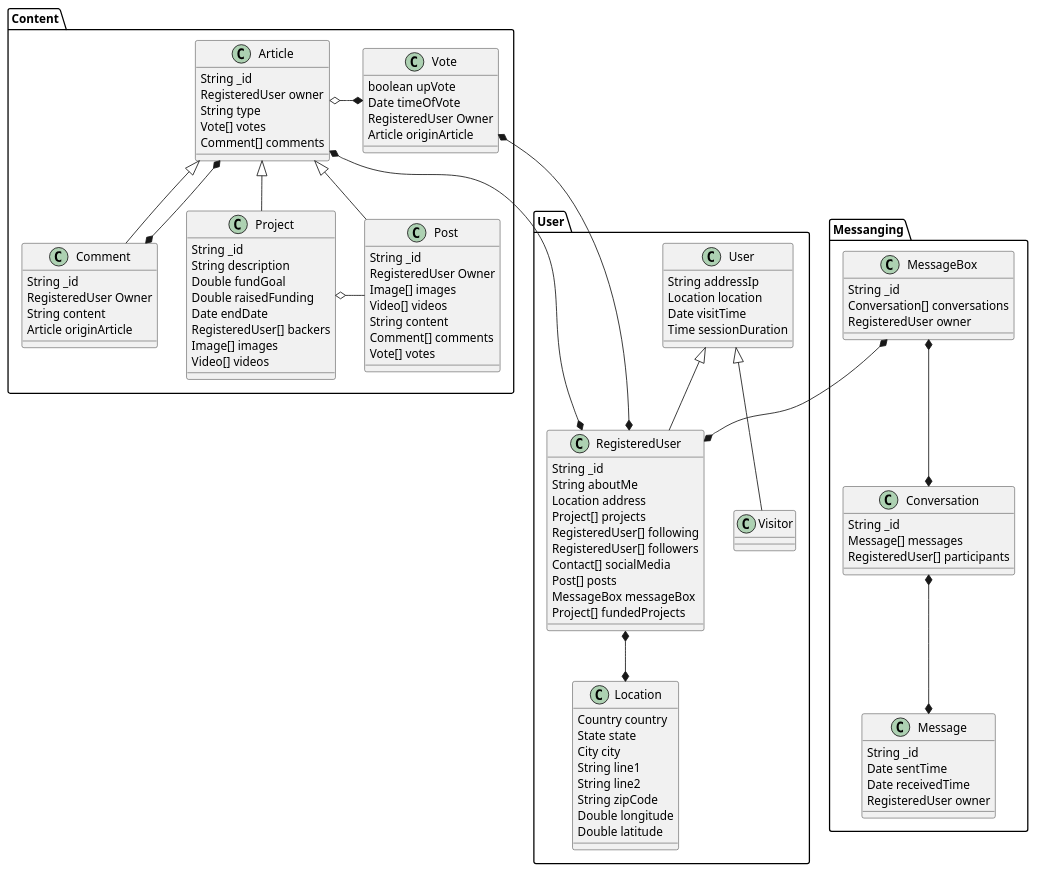
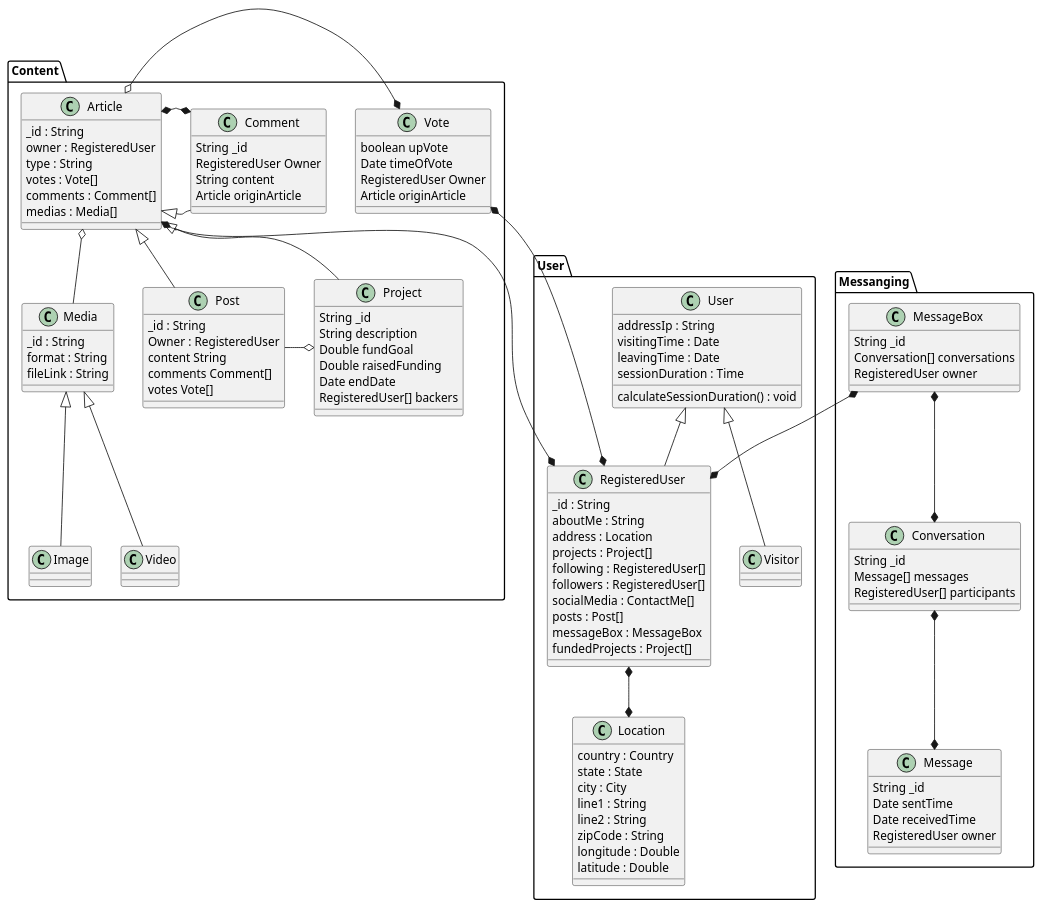
One commit to mlnomadpy/Sahem changed the diagram in Conception/Diagrams/plantUml/Class Diagrams/User.puml. Above: the diagram before and after it, drawn with PlantUML.

Commit message:
update class diagram

```diff
--- a/Conception/Diagrams/plantUml/Class Diagrams/User.puml
+++ b/Conception/Diagrams/plantUml/Class Diagrams/User.puml
@@ -1,123 +1,135 @@
 @startuml User
 
 
 
 
 
 
 
 package Content{
     class Post extends Article{
-        String _id
-        RegisteredUser Owner
-        Image[] images
-        Video[] videos
-        String content
-        Comment[] comments
-        Vote[] votes
+        _id : String
+        Owner : RegisteredUser
+        content String
+        comments Comment[]
+        votes Vote[]
     }
     class Vote{
         boolean upVote
         Date timeOfVote
         RegisteredUser Owner
         Article originArticle
     }
     class Project extends Article{
         String _id
         String description
         Double fundGoal
         Double raisedFunding
         Date endDate
         RegisteredUser[] backers
-        Image[] images
-        Video[] videos
     }
 
     class Comment extends Article{
         String _id
         RegisteredUser Owner
         String content
         Article originArticle
     }
     class Article{
-        String _id
-        RegisteredUser owner
-        String type
-        Vote[] votes
-        Comment[] comments
+        _id : String
+        owner : RegisteredUser
+        type : String
+        votes : Vote[]
+        comments : Comment[]
+        medias : Media[]
     }
+    class Media{
+        _id : String
+        format : String
+        fileLink : String
+    }
+    class Image extends Media{
+
+    }
+    class Video extends Media{
+
+    }
+    Article o-* Vote
+    Article *-right-* Comment
+    Project o-left- Post
+    Article o-- Media
+    
 }
 package Messanging {
 
     class MessageBox{
         String _id
         Conversation[] conversations
         RegisteredUser owner
     }
     class Conversation{
         String _id
         Message[] messages
         RegisteredUser[] participants
     }
     class Message{
         String _id
         Date sentTime
         Date receivedTime
         RegisteredUser owner
     }
 
 
 }
 package User{
-    
+
     class User {
-        String addressIp
-        Location location
-        Date visitTime
-        Time sessionDuration
+        addressIp : String
+        visitingTime : Date
+        leavingTime : Date
+        sessionDuration : Time
+
+        calculateSessionDuration() : void
     }
 
 
     class RegisteredUser extends User{
-        String _id
-        String aboutMe
-        Location address
-        Project[] projects
-        RegisteredUser[] following
-        RegisteredUser[] followers
-        Contact[] socialMedia
-        Post[] posts
-        MessageBox messageBox
-        Project[] fundedProjects
+        _id : String
+        aboutMe : String
+        address : Location
+        projects : Project[]
+        following : RegisteredUser[]
+        followers : RegisteredUser[]
+        socialMedia : ContactMe[]
+        posts : Post[]
+        messageBox : MessageBox
+        fundedProjects : Project[]
+
     }
     class Visitor extends User{
     }
     class Location{
-        Country country
-        State state
-        City city
-        String line1
-        String line2
-        String zipCode
-        Double longitude
-        Double latitude
+        country : Country
+        state : State
+        city : City
+        line1 : String
+        line2 : String
+        zipCode : String
+        longitude : Double
+        latitude : Double
     }
 }
 MessageBox  *--*  RegisteredUser
 
-Article o-* Vote
 
-
-Article *--* Comment
-Project o- Post
 
 Article  *--*  RegisteredUser
 
 RegisteredUser *--* Location
 Vote  *---*  RegisteredUser
 
 MessageBox  *-down-*  Conversation
 Message  *-up-*  Conversation
 
 
 @enduml
```
